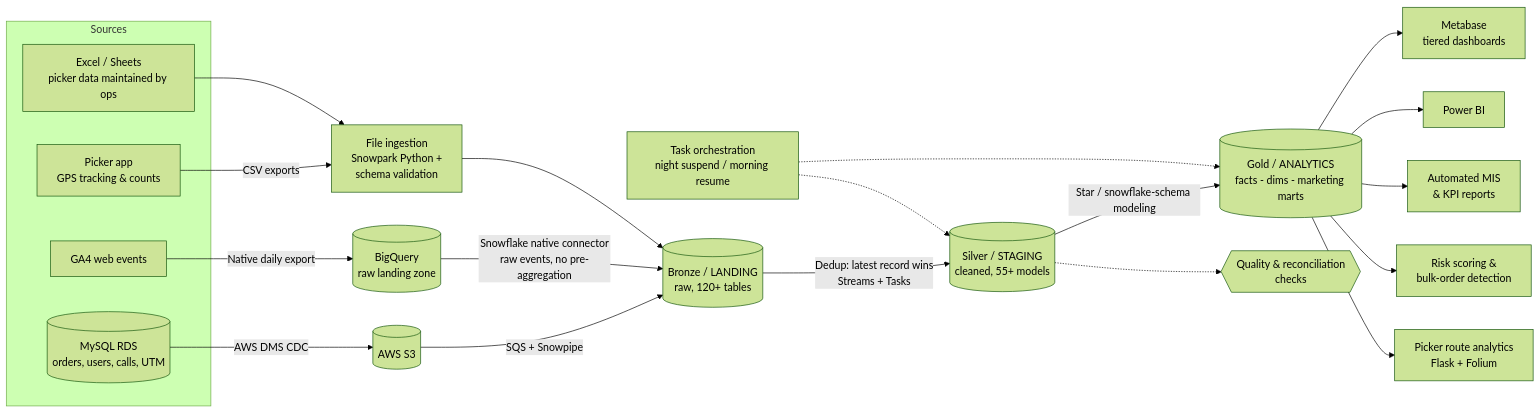
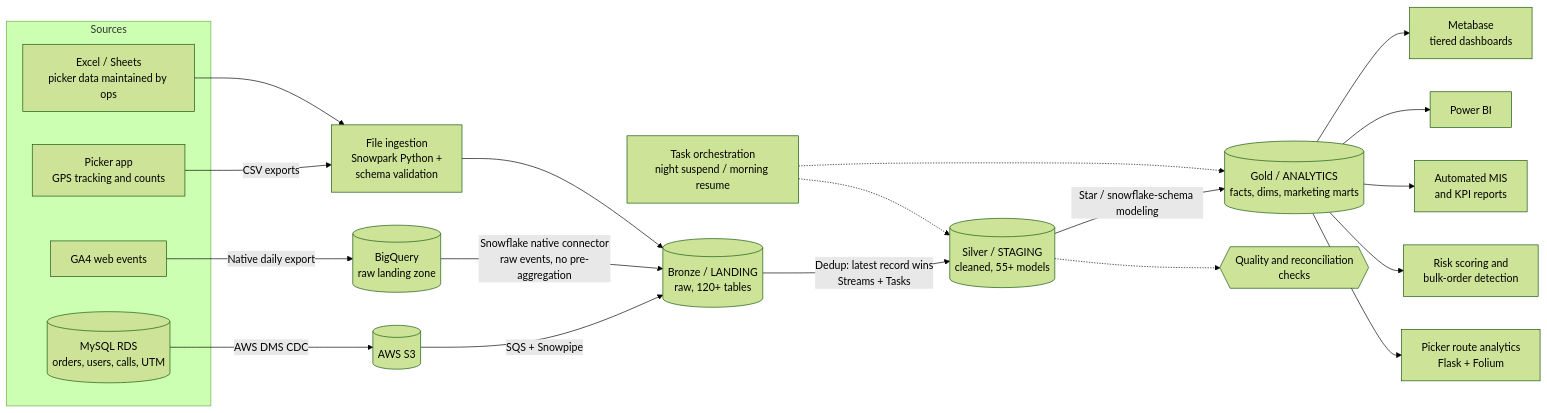
One commit to Shivam24012001/Shivam24012001 changed the first of 3 diagrams in README.md. Above: the diagram before and after it, drawn with Mermaid (forest theme). The commit also changed other lines of this file, not shown here.

````diff
--- a/README.md
+++ b/README.md
@@ -90,28 +58,28 @@
 ```mermaid
 flowchart LR
     subgraph SRC[Sources]
         DB[(MySQL RDS<br/>orders, users, calls, UTM)]
         GA[GA4 web events]
-        PK[Picker app<br/>GPS tracking & counts]
+        PK[Picker app<br/>GPS tracking and counts]
         XL[Excel / Sheets<br/>picker data maintained by ops]
     end
 
     DB -->|AWS DMS CDC| S3[(AWS S3)]
     S3 -->|SQS + Snowpipe| B[(Bronze / LANDING<br/>raw, 120+ tables)]
     GA -->|Native daily export| BQ[(BigQuery<br/>raw landing zone)]
     BQ -->|Snowflake native connector<br/>raw events, no pre-aggregation| B
     PK -->|CSV exports| F[File ingestion<br/>Snowpark Python +<br/>schema validation]
     XL --> F
     F --> B
 
     B -->|Dedup: latest record wins<br/>Streams + Tasks| C[(Silver / STAGING<br/>cleaned, 55+ models)]
-    C -->|Star / snowflake-schema modeling| D[(Gold / ANALYTICS<br/>facts - dims - marketing marts)]
-    C -.-> Q{{Quality & reconciliation<br/>checks}}
+    C -->|Star / snowflake-schema modeling| D[(Gold / ANALYTICS<br/>facts, dims, marketing marts)]
+    C -.-> Q{{Quality and reconciliation<br/>checks}}
     O[Task orchestration<br/>night suspend / morning resume] -.-> C
     O -.-> D
     D --> E[Metabase<br/>tiered dashboards]
     D --> F2[Power BI]
-    D --> G[Automated MIS<br/>& KPI reports]
-    D --> H[Risk scoring &<br/>bulk-order detection]
+    D --> G[Automated MIS<br/>and KPI reports]
+    D --> H[Risk scoring and<br/>bulk-order detection]
     D --> I[Picker route analytics<br/>Flask + Folium]
 ```
````
